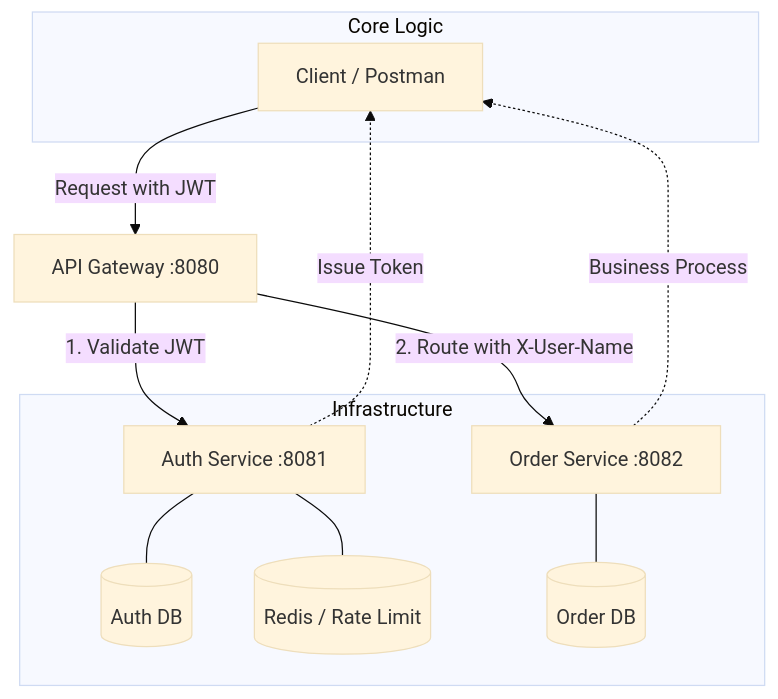
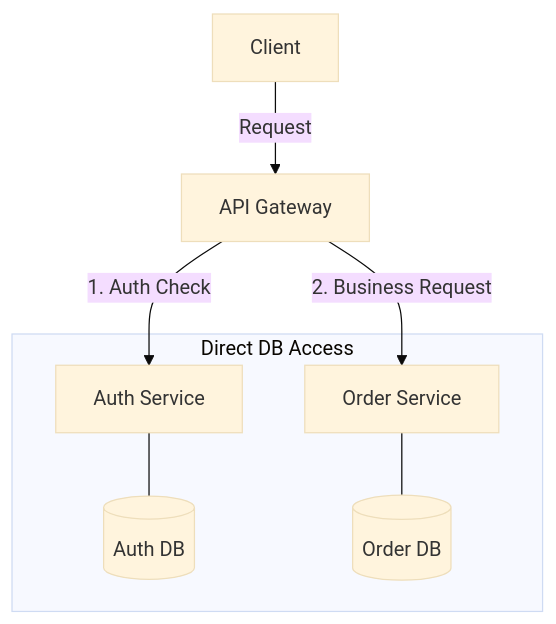
The first of 2 diagrams in README.md (kimjeongyoul/enterprise-spring-msa-reference), drawn with Mermaid (base theme) before and after one commit. The commit also changed other lines of this file, not shown here.

Commit message:
docs: add As-Is and To-Be architecture roadmap diagrams

````diff
--- a/README.md
+++ b/README.md
@@ -13,17 +18,11 @@
 ```mermaid
 graph TD
-    Client[Client / Postman] -->|Request with JWT| Gateway[API Gateway :8080]
-    Gateway -->|1. Validate JWT| Auth[Auth Service :8081]
-    Gateway -->|2. Route with X-User-Name| Order[Order Service :8082]
+    Client[Client] -->|Request| Gateway[API Gateway]
+    Gateway -->|1. Auth Check| Auth[Auth Service]
+    Gateway -->|2. Business Request| Order[Order Service]
     
-    subgraph "Infrastructure"
-        Auth --- MySQL1[(Auth DB)]
-        Auth --- Redis[(Redis / Rate Limit)]
-        Order --- MySQL2[(Order DB)]
-    end
-    
-    subgraph "Core Logic"
-        Auth -.->|Issue Token| Client
-        Order -.->|Business Process| Client
+    subgraph "Direct DB Access"
+        Auth --- AuthDB[(Auth DB)]
+        Order --- OrderDB[(Order DB)]
     end
 ```
````
